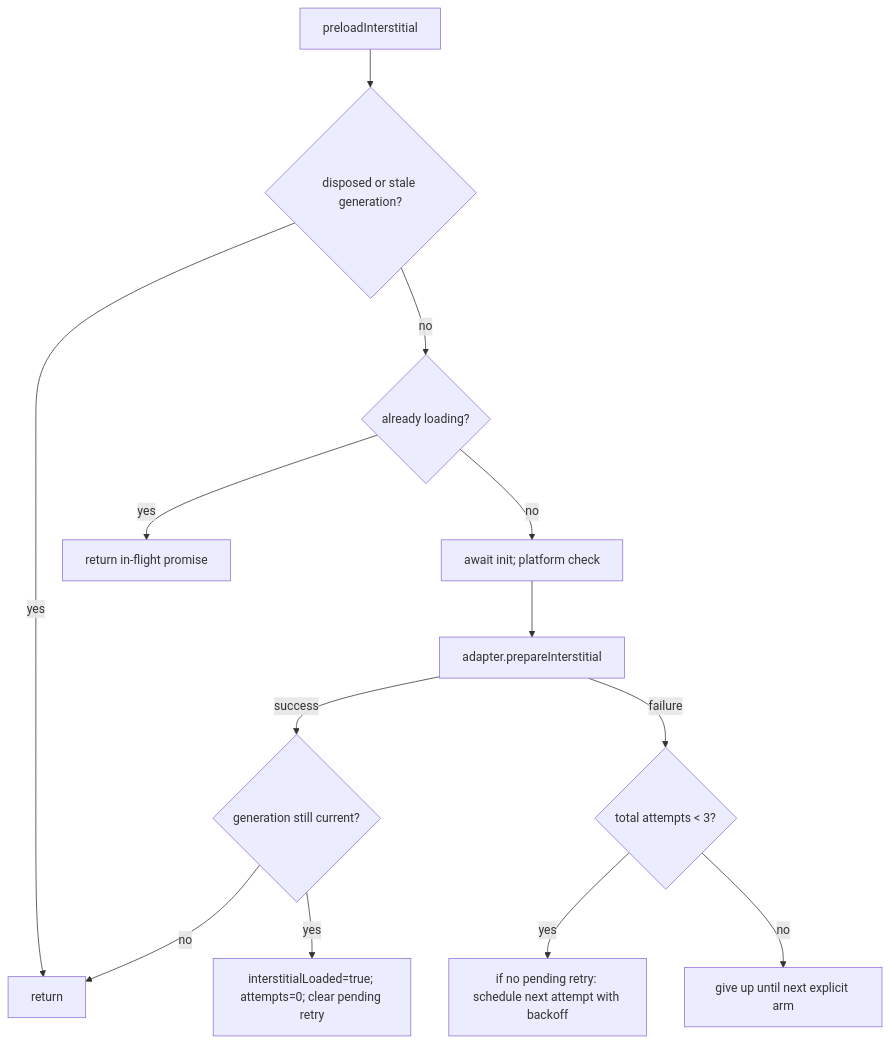
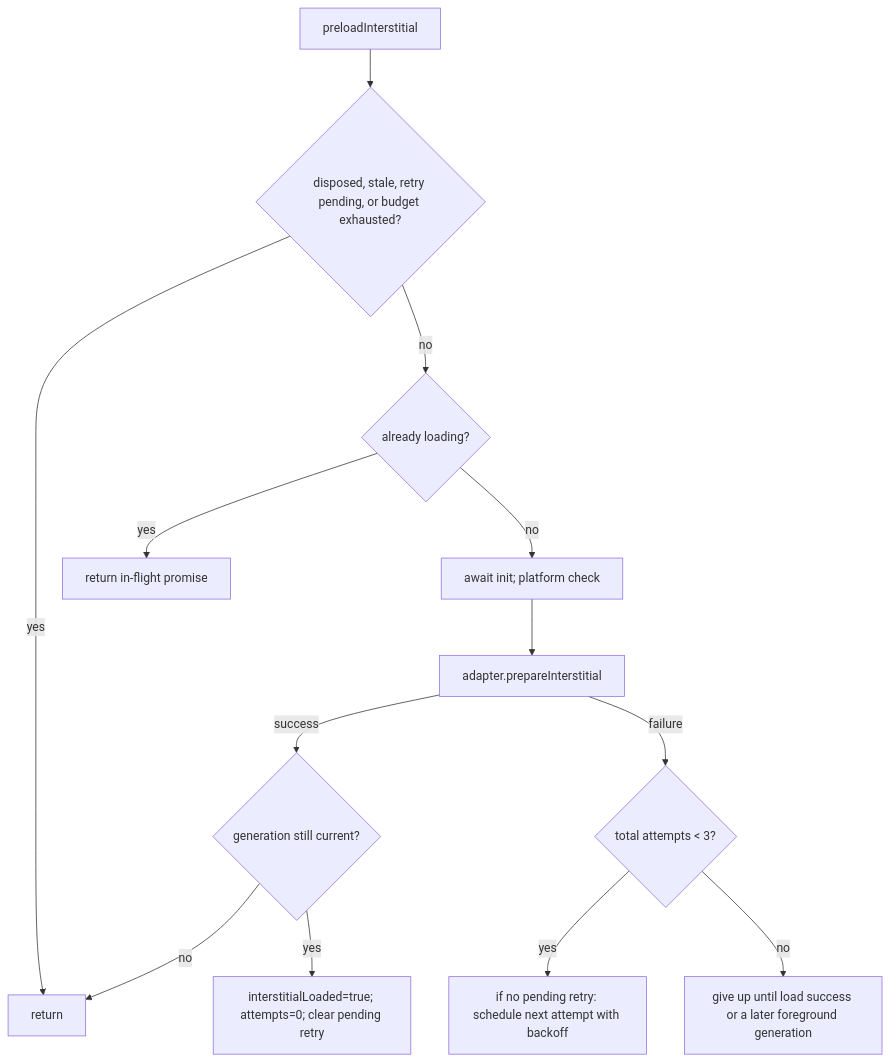
The second of 2 diagrams in docs/plans/2026-07-10-001-fix-admob-interstitial-ready-only-rearm-plan.md (batu/fabrikav2), drawn with Mermaid before and after one commit. The commit also changed other lines of this file, not shown here.

````diff
--- a/docs/plans/2026-07-10-001-fix-admob-interstitial-ready-only-rearm-plan.md
+++ b/docs/plans/2026-07-10-001-fix-admob-interstitial-ready-only-rearm-plan.md
@@ -190,15 +198,15 @@
 ```mermaid
 flowchart TD
-  P[preloadInterstitial] --> D0{disposed or stale generation?}
+  P[preloadInterstitial] --> D0{disposed, stale, retry pending, or budget exhausted?}
   D0 -- yes --> D1[return]
   D0 -- no --> Q{already loading?}
   Q -- yes --> Q1[return in-flight promise]
   Q -- no --> R1[await init; platform check]
   R1 --> R2[adapter.prepareInterstitial]
   R2 -- success --> S0{generation still current?}
   S0 -- no --> D1
   S0 -- yes --> S1["interstitialLoaded=true; attempts=0; clear pending retry"]
   R2 -- failure --> T1{total attempts < 3?}
   T1 -- yes --> T2["if no pending retry: schedule next attempt with backoff"]
-  T1 -- no --> T3[give up until next explicit arm]
+  T1 -- no --> T3[give up until load success or a later foreground generation]
 ```
````
